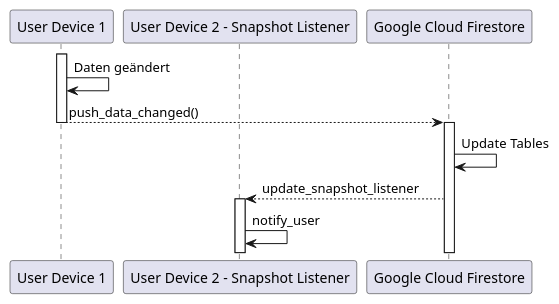
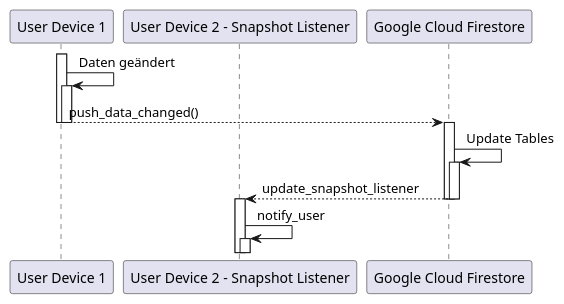
Before and after one commit to K1ntsugi/SoftwareEngineering_2_Vinf5: the diagram in Architektur_Praktikum/sysArchiSeq.plantuml, drawn with PlantUML.

```diff
--- a/Architektur_Praktikum/sysArchiSeq.plantuml
+++ b/Architektur_Praktikum/sysArchiSeq.plantuml
@@ -1,21 +1,28 @@
 @startuml Systemarchitektur Sequenzdiagramm
 
 participant "User Device 1" as dev1
 participant "User Device 2 - Snapshot Listener" as dev2
 participant "Google Cloud Firestore" as bcknd
 
 dev1++
 dev1 -> dev1 : Daten geändert
+dev1++
 dev1 --> bcknd : push_data_changed()
+dev1--
 dev1--
 
 bcknd++
 bcknd -> bcknd : Update Tables
+bcknd++
 bcknd --> dev2 : update_snapshot_listener
+bcknd--
+bcknd--
 
 dev2++
 dev2 -> dev2 : notify_user
+dev2++
+
 
 
 
 @enduml
```
